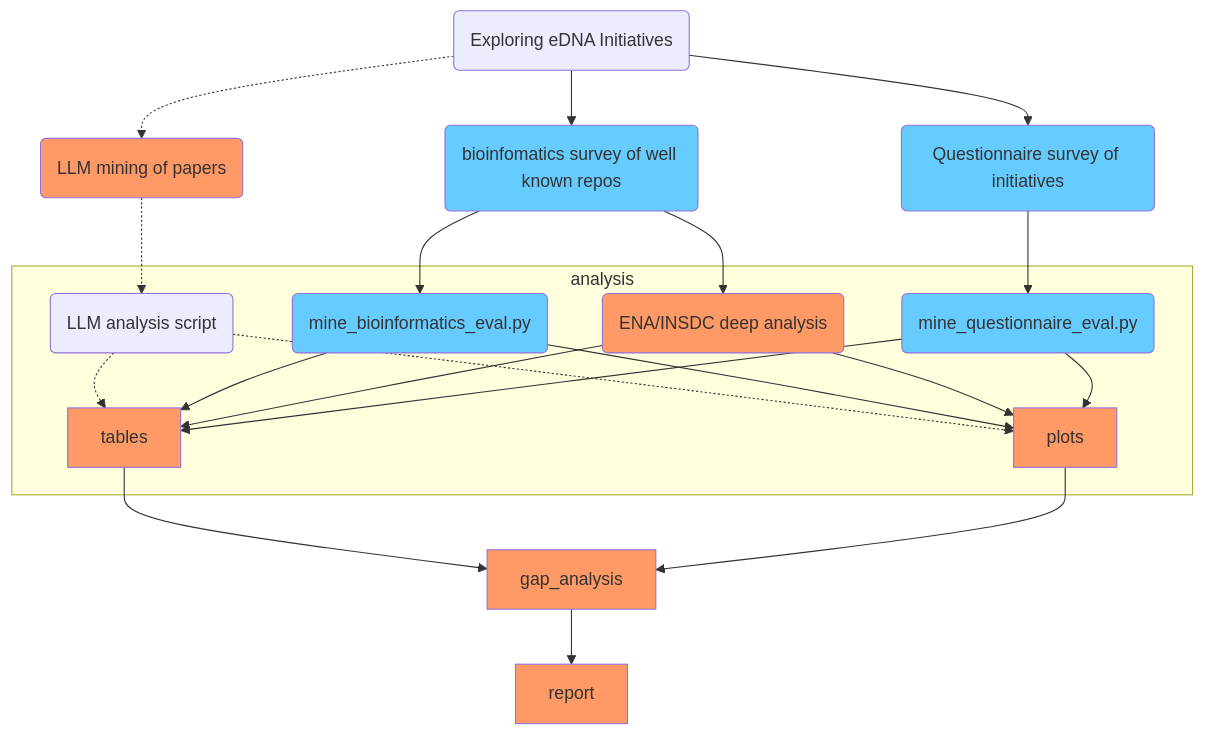
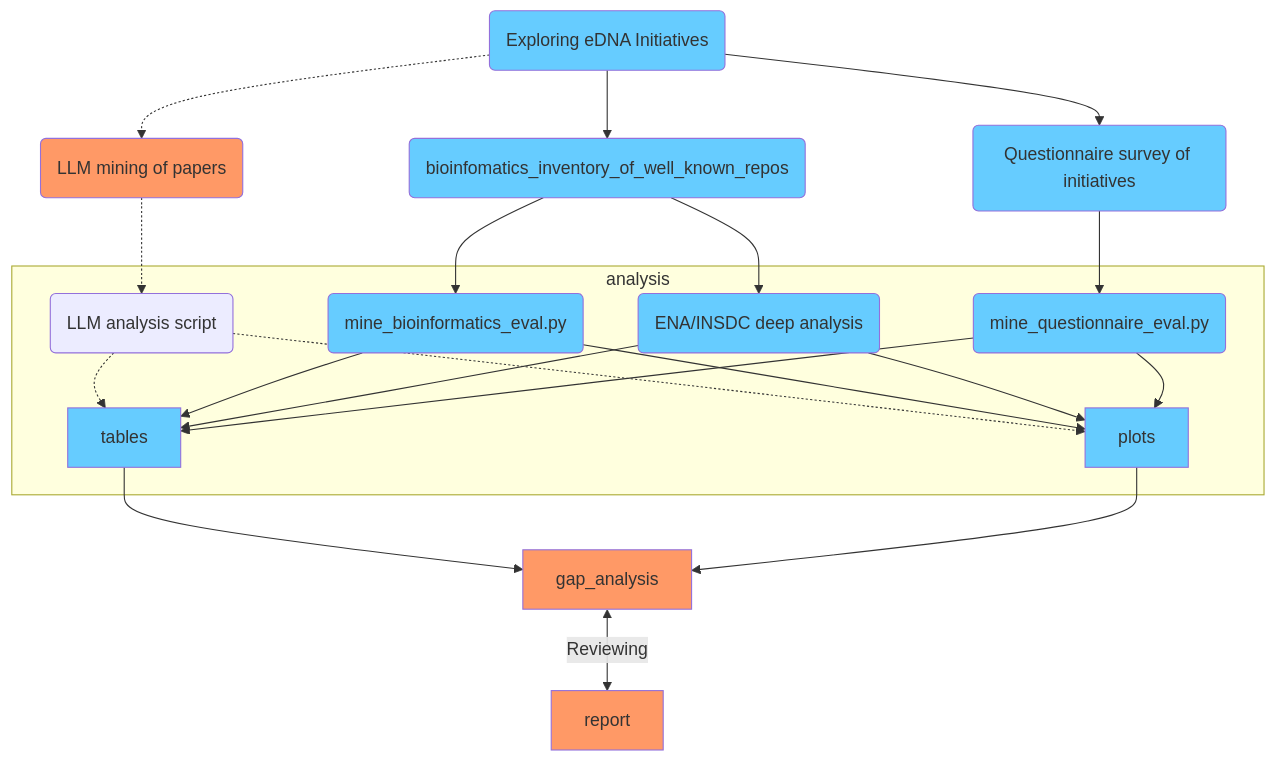
Before and after one commit to Woolly-at-EBI/eDNAAqua-Plan: the first of 2 diagrams in README.md, drawn with Mermaid.

Commit message:
updated the status of the main task fo the review in README.md

````diff
--- a/README.md
+++ b/README.md
@@ -17,38 +17,38 @@
 ```mermaid
 flowchart TD
 
-      eDNA_explore("Exploring eDNA Initiatives")-->bix("bioinfomatics survey of well known repos"):::ready
+      eDNA_explore("Exploring eDNA Initiatives"):::ready-->bix("bioinfomatics_inventory_of_well_known_repos"):::ready
       bix-->bix_db:::ready
-      bix-->ena("ENA/INSDC deep analysis"):::in_progress
+      bix-->ena("ENA/INSDC deep analysis"):::ready
             
       eDNA_explore-->survey("Questionnaire survey of initiatives"):::ready
       survey-->qu:::ready
       
       eDNA_explore-.->llm("LLM mining of papers"):::in_progress
       llm-.->llm_anal("LLM analysis script")
       
       
       subgraph analysis
-      llm_anal-.->plots:::ready
+      llm_anal-.->plots
       llm_anal-.->tables
       
-      bix_db("mine_bioinformatics_eval.py")-->tables:::in_progress
-      bix_db-->plots["plots"]
+      bix_db("mine_bioinformatics_eval.py")-->tables:::ready
+      bix_db-->plots["plots"]:::ready
       
 
       ena-->plots
       ena-->tables
       
-      qu(mine_questionnaire_eval.py)-->tables:::in_progress
-      qu-->plots:::in_progress
+      qu(mine_questionnaire_eval.py)-->tables
+      qu-->plots
       end
       
       tables-->gap_analysis:::in_progress
       plots-->gap_analysis
       
-      gap_analysis-->report:::in_progress
+      gap_analysis<--Reviewing-->report:::in_progress
       
       classDef finished fill:#66ff99
       classDef in_progress fill:#f96
       classDef ready fill:#66ccff
 ```
````
